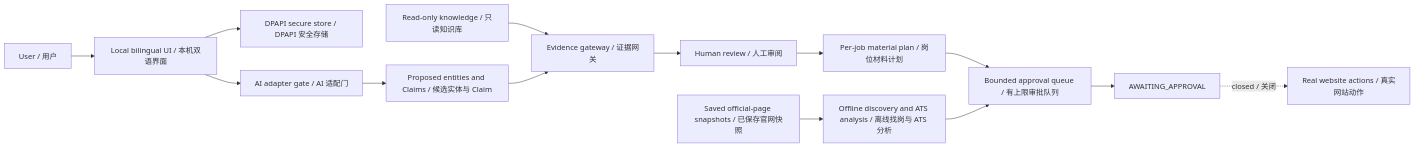
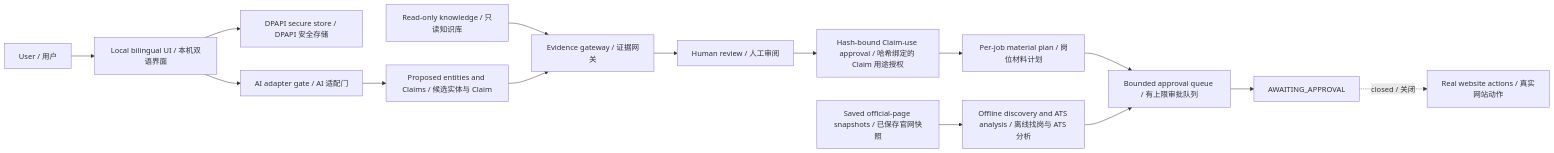
Before and after one commit to ValerianXXX/JobFlow: the diagram in docs/architecture.md, drawn with Mermaid. The commit also changed other lines of this file and 22 other files, not shown here.

````diff
--- a/docs/architecture.md
+++ b/docs/architecture.md
@@ -7,17 +7,18 @@
 ```mermaid
 flowchart LR
   U["User / 用户"] --> UI["Local bilingual UI / 本机双语界面"]
   UI --> S["DPAPI secure store / DPAPI 安全存储"]
   UI --> A["AI adapter gate / AI 适配门"]
   A --> P["Proposed entities and Claims / 候选实体与 Claim"]
   K["Read-only knowledge / 只读知识库"] --> E["Evidence gateway / 证据网关"]
   P --> E
   E --> R["Human review / 人工审阅"]
-  R --> M["Per-job material plan / 岗位材料计划"]
+  R --> C["Hash-bound Claim-use approval / 哈希绑定的 Claim 用途授权"]
+  C --> M["Per-job material plan / 岗位材料计划"]
   M --> Q
   Q["Bounded approval queue / 有上限审批队列"]
   O["Saved official-page snapshots / 已保存官网快照"] --> D["Offline discovery and ATS analysis / 离线找岗与 ATS 分析"]
   D --> Q
   Q --> X["AWAITING_APPROVAL"]
   X -. "closed / 关闭" .-> W["Real website actions / 真实网站动作"]
 ```
````
